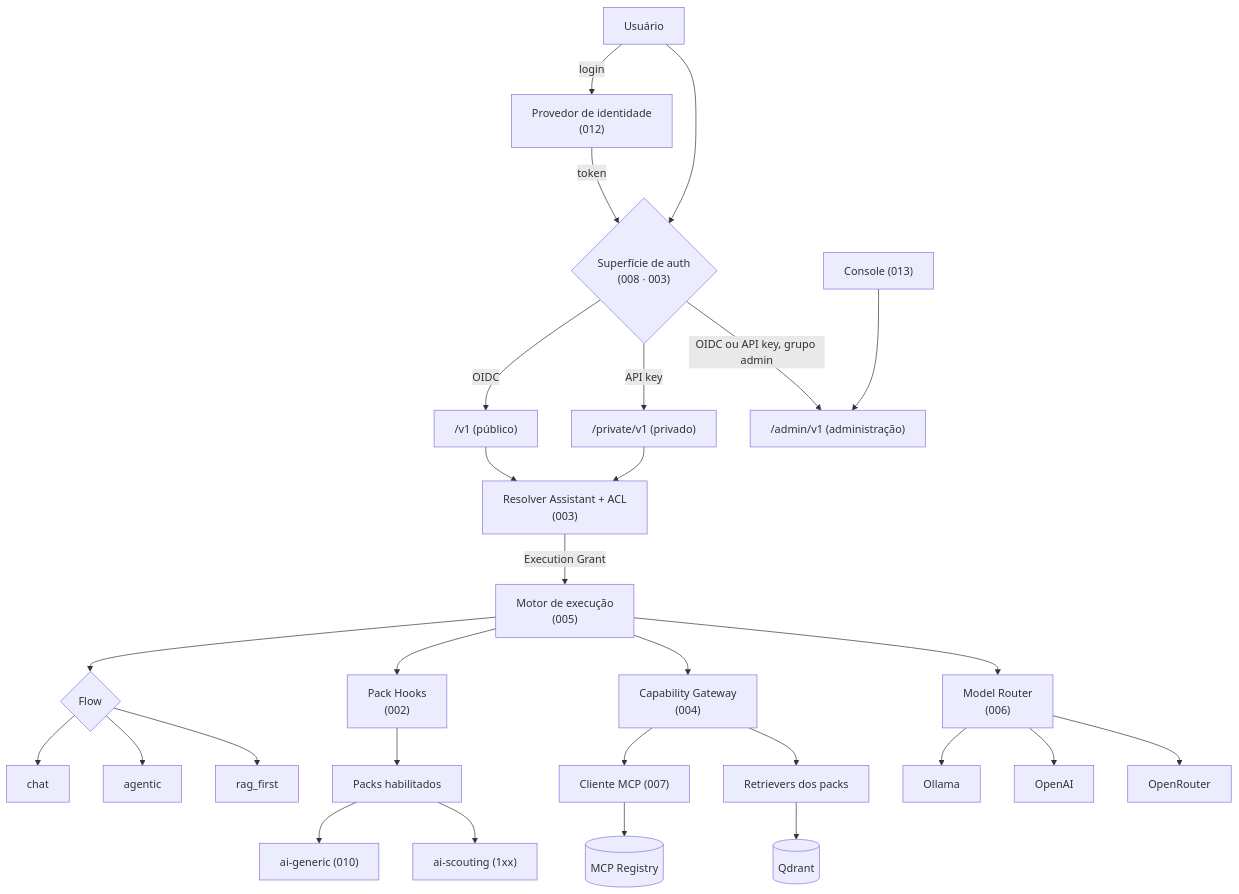
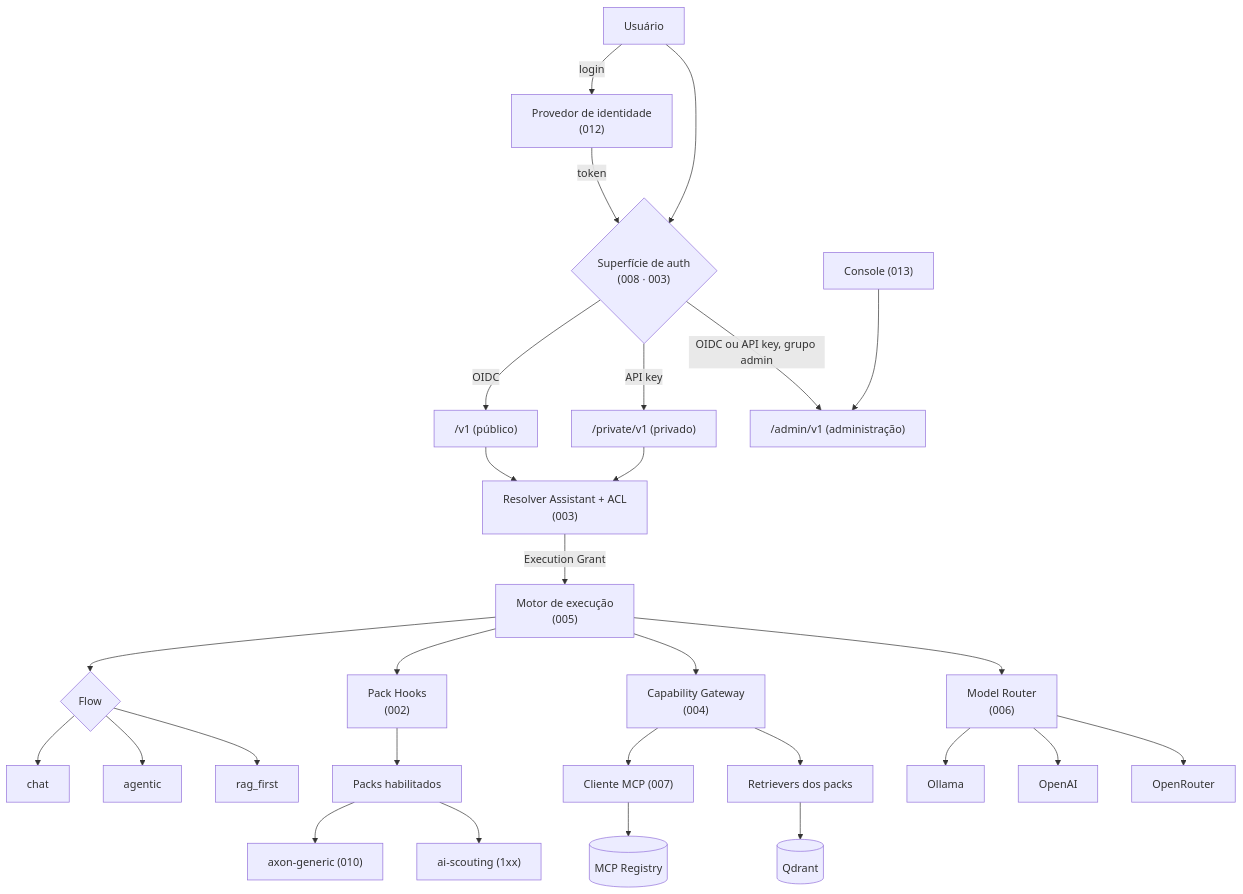
The first of 4 diagrams in specs/README.md (CaioFerreiraB/axon), drawn with Mermaid before and after one commit. The commit also changed other lines of this file and 44 other files, not shown here.

First line of the commit message:
feat(010): identidade Axon — axon-generic 0.2.0, import axon_generic (ADR-037)

````diff
--- a/specs/README.md
+++ b/specs/README.md
@@ -24,36 +24,36 @@
 ```mermaid
 flowchart TB
     USER[Usuário] -->|login| IDP["Provedor de identidade<br/>(012)"]
     IDP -->|token| SURF
     USER --> SURF{"Superfície de auth<br/>(008 · 003)"}
     SURF -->|OIDC| PUB["/v1 (público)"]
     SURF -->|API key| PRIV["/private/v1 (privado)"]
     SURF -->|OIDC ou API key, grupo admin| ADM["/admin/v1 (administração)"]
     CONSOLE["Console (013)"] --> ADM
 
     PUB --> RESOLVE["Resolver Assistant + ACL<br/>(003)"]
     PRIV --> RESOLVE
 
     RESOLVE -->|Execution Grant| RUNTIME["Motor de execução<br/>(005)"]
 
     RUNTIME --> FLOW{Flow}
     FLOW --> F1[chat]
     FLOW --> F2[agentic]
     FLOW --> F3[rag_first]
 
     RUNTIME --> HOOKS["Pack Hooks<br/>(002)"]
     HOOKS --> PACKS[Packs habilitados]
-    PACKS --> P1["ai-generic (010)"]
+    PACKS --> P1["axon-generic (010)"]
     PACKS --> P2["ai-scouting (1xx)"]
 
     RUNTIME --> GW["Capability Gateway<br/>(004)"]
     GW --> MCPC["Cliente MCP (007)"]
     GW --> RET[Retrievers dos packs]
     MCPC --> REG[(MCP Registry)]
     RET --> QD[(Qdrant)]
 
     RUNTIME --> ROUTER["Model Router<br/>(006)"]
     ROUTER --> OLL[Ollama]
     ROUTER --> OAI[OpenAI]
     ROUTER --> ORT[OpenRouter]
 ```
````
